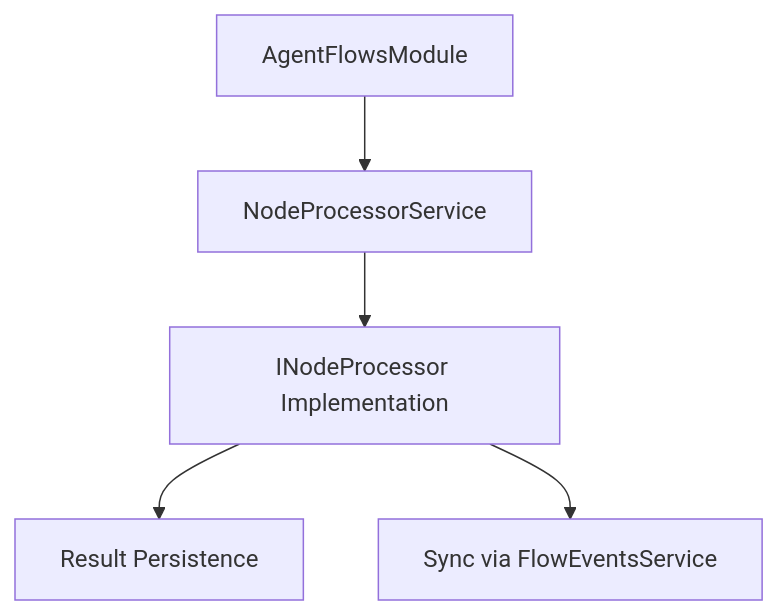
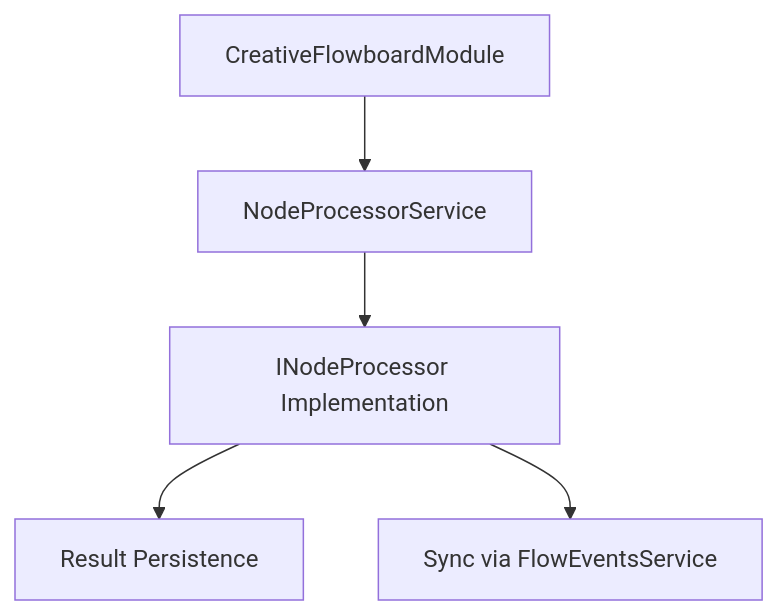
Before and after one commit to adamofig/control-markets-node: the diagram in docs/reference/node-library-reference.md, drawn with Mermaid. The commit also changed other lines of this file and 34 other files, not shown here.

Commit message:
refactor: Rename AgentFlows module, services, controllers, and documentation to CreativeFlowboard.

````diff
--- a/docs/reference/node-library-reference.md
+++ b/docs/reference/node-library-reference.md
@@ -56,7 +56,7 @@
 ```mermaid
 graph TD
-    A[AgentFlowsModule] --> B[NodeProcessorService]
+    A[CreativeFlowboardModule] --> B[NodeProcessorService]
     B --> C[INodeProcessor Implementation]
     C --> D[Result Persistence]
     C --> E[Sync via FlowEventsService]
 ```
````
